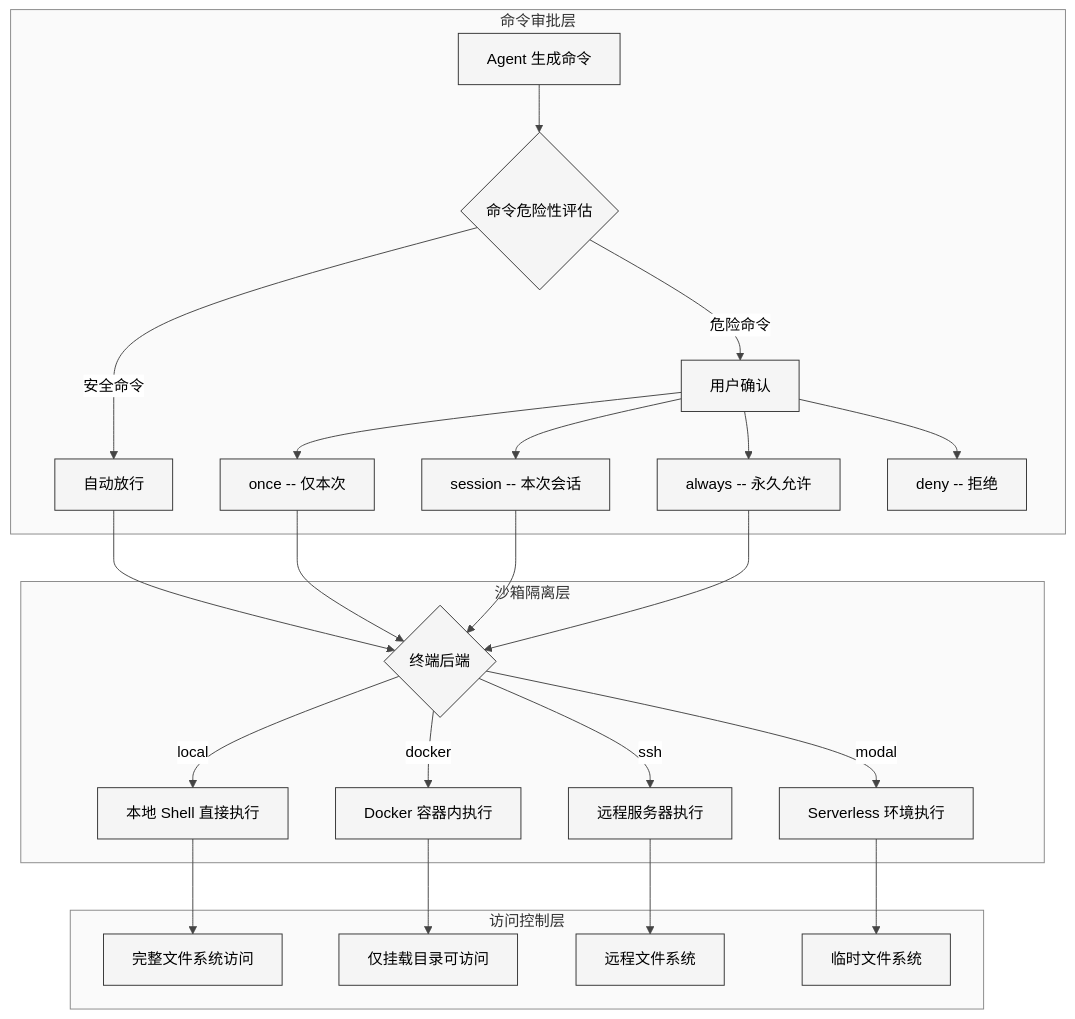
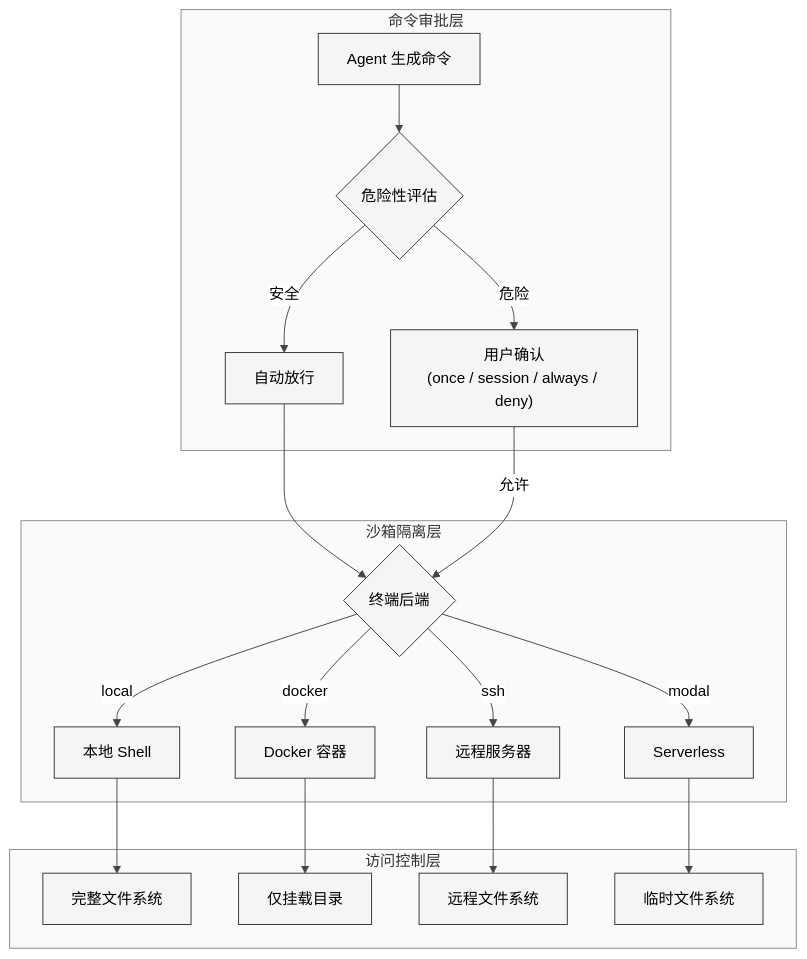
One commit to xiaonancs/hermes-agent-study changed the fourth of 6 diagrams in Part I 原理与使用/04-高级使用方法.md. Above: the diagram before and after it, drawn with Mermaid. The commit also changed other lines of this file and 32 other files, not shown here.

First line of the commit message:
Mermaid 图表修复：白色背景板 + 长宽比优化

````diff
--- a/Part I 原理与使用/04-高级使用方法.md
+++ b/Part I 原理与使用/04-高级使用方法.md
@@ -574,29 +556,23 @@
 ```mermaid
 %%{init: {'theme': 'neutral', 'themeVariables': {'background': '#ffffff', 'primaryColor': '#f5f5f5', 'primaryTextColor': '#000000', 'primaryBorderColor': '#333333', 'lineColor': '#444444', 'textColor': '#000000', 'mainBkg': '#f5f5f5', 'nodeBorder': '#333333', 'clusterBkg': '#fafafa', 'clusterBorder': '#888888', 'edgeLabelBackground': '#ffffff'}}}%%
 flowchart TD
     subgraph approval ["命令审批层"]
-        CMD["Agent 生成命令"] --> CHECK{"命令危险性评估"}
-        CHECK -->|"安全命令"| PASS["自动放行"]
-        CHECK -->|"危险命令"| ASK["用户确认"]
-        ASK --> ONCE["once -- 仅本次"]
-        ASK --> SESSION["session -- 本次会话"]
-        ASK --> ALWAYS["always -- 永久允许"]
-        ASK --> DENY["deny -- 拒绝"]
+        CMD["Agent 生成命令"] --> CHECK{"危险性评估"}
+        CHECK -->|"安全"| PASS["自动放行"]
+        CHECK -->|"危险"| ASK["用户确认<br/>(once / session / always / deny)"]
     end
     subgraph sandbox ["沙箱隔离层"]
         PASS --> BACKEND{"终端后端"}
-        ONCE --> BACKEND
-        SESSION --> BACKEND
-        ALWAYS --> BACKEND
-        BACKEND -->|"local"| LOCAL["本地 Shell 直接执行"]
-        BACKEND -->|"docker"| DOCKER["Docker 容器内执行"]
-        BACKEND -->|"ssh"| SSH["远程服务器执行"]
-        BACKEND -->|"modal"| MODAL["Serverless 环境执行"]
+        ASK -->|"允许"| BACKEND
+        BACKEND -->|"local"| LOCAL["本地 Shell"]
+        BACKEND -->|"docker"| DOCKER["Docker 容器"]
+        BACKEND -->|"ssh"| SSH["远程服务器"]
+        BACKEND -->|"modal"| MODAL["Serverless"]
     end
     subgraph access ["访问控制层"]
-        LOCAL --> FS["完整文件系统访问"]
-        DOCKER --> MOUNT["仅挂载目录可访问"]
+        LOCAL --> FS["完整文件系统"]
+        DOCKER --> MOUNT["仅挂载目录"]
         SSH --> REMOTE["远程文件系统"]
         MODAL --> EPHEMERAL["临时文件系统"]
     end
 ```
````
